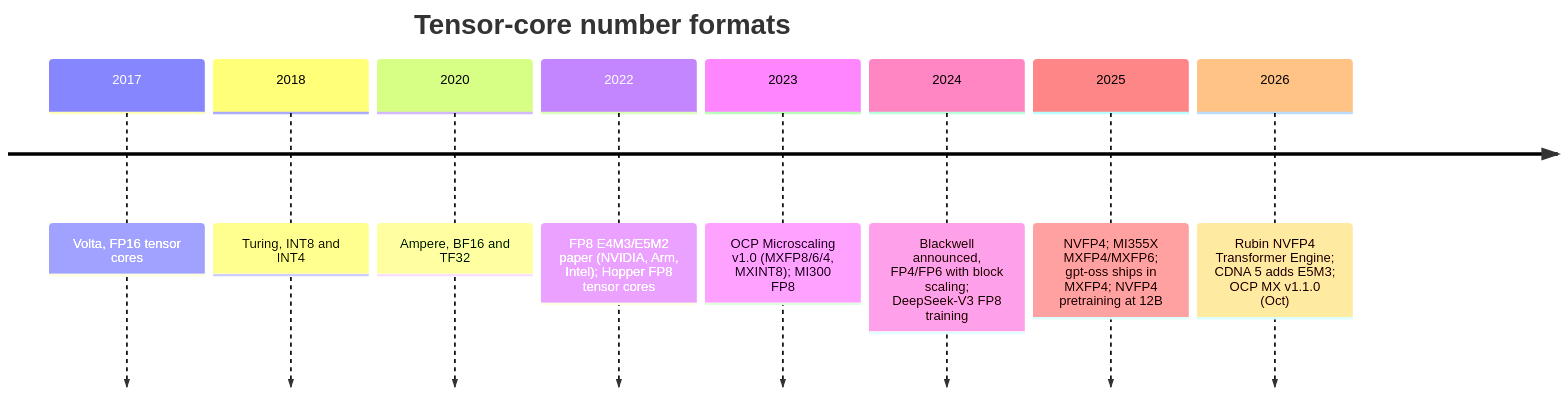
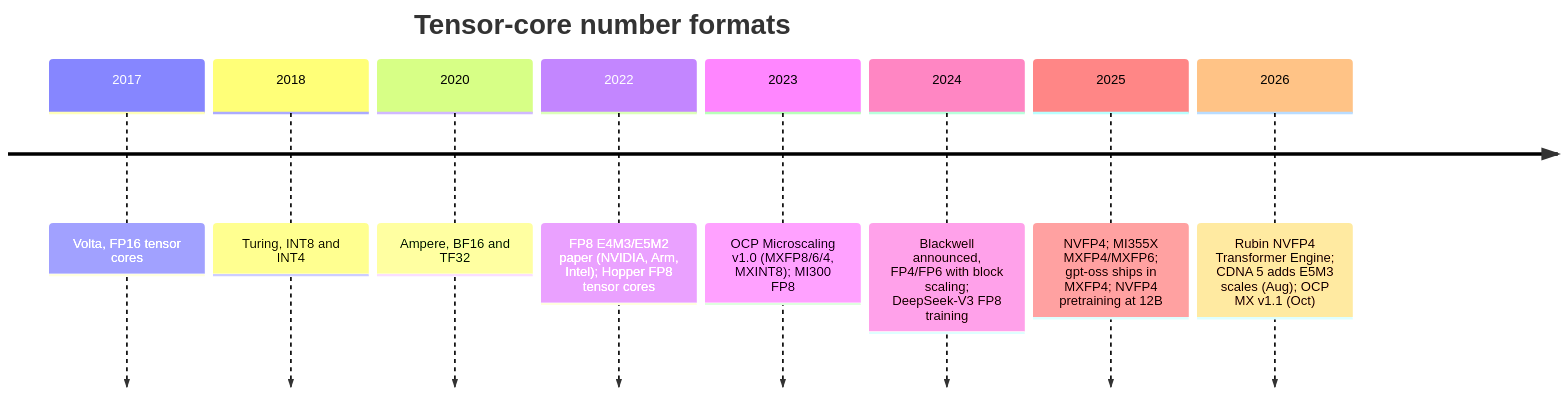
The second of 3 diagrams in GPU Programming/Hardware & Frontier/Low-Precision Formats - FP8, FP4 and MX/Low-Precision Formats - FP8, FP4 and MX.md (ImRuliad/Library-of-Alexandria), drawn with Mermaid before and after one commit. The commit also changed other lines of this file and 1 other file, not shown here.

Commit message:
Low-Precision Formats: fact-check pass (status: complete); ROCm note: CDNA 5 E5M3 is a scale format

````diff
--- a/GPU Programming/Hardware & Frontier/Low-Precision Formats - FP8, FP4 and MX/Low-Precision Formats - FP8, FP4 and MX.md
+++ b/GPU Programming/Hardware & Frontier/Low-Precision Formats - FP8, FP4 and MX/Low-Precision Formats - FP8, FP4 and MX.md
@@ -137,12 +138,12 @@
 ```mermaid
 timeline
     title Tensor-core number formats
     2017 : Volta, FP16 tensor cores
     2018 : Turing, INT8 and INT4
     2020 : Ampere, BF16 and TF32
     2022 : FP8 E4M3/E5M2 paper (NVIDIA, Arm, Intel); Hopper FP8 tensor cores
     2023 : OCP Microscaling v1.0 (MXFP8/6/4, MXINT8); MI300 FP8
     2024 : Blackwell announced, FP4/FP6 with block scaling; DeepSeek-V3 FP8 training
     2025 : NVFP4; MI355X MXFP4/MXFP6; gpt-oss ships in MXFP4; NVFP4 pretraining at 12B
-    2026 : Rubin NVFP4 Transformer Engine; CDNA 5 adds E5M3; OCP MX v1.1.0 (Oct)
+    2026 : Rubin NVFP4 Transformer Engine; CDNA 5 adds E5M3 scales (Aug); OCP MX v1.1 (Oct)
 ```
````
